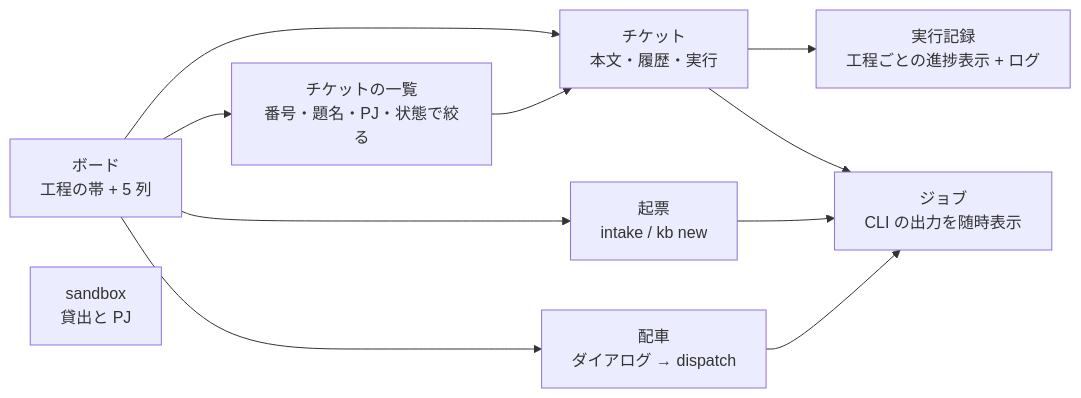
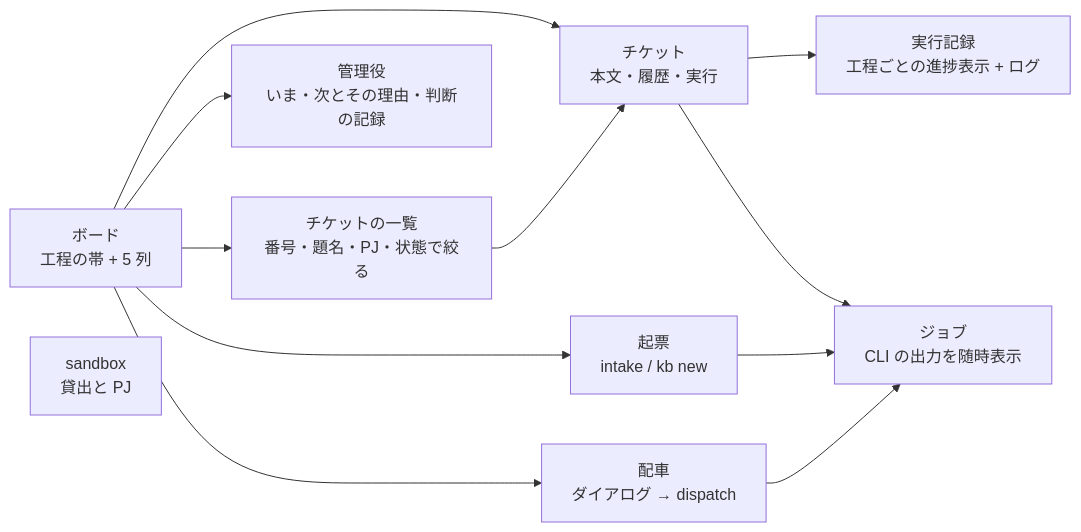
The diagram in website/content/ja/guides/console.md (akkijp-oss/aifactory), drawn with Mermaid before and after one commit. The commit also changed other lines of this file and 4 other files, not shown here.

````diff
--- a/website/content/ja/guides/console.md
+++ b/website/content/ja/guides/console.md
@@ -28,13 +28,14 @@
 ```mermaid
 flowchart LR
   B[ボード<br>工程の帯 + 5 列] --> T[チケット<br>本文・履歴・実行]
+  B --> P[管理役<br>いま・次とその理由・判断の記録]
   B --> L[チケットの一覧<br>番号・題名・PJ・状態で絞る]
   L --> T
   T --> R[実行記録<br>工程ごとの進捗表示 + ログ]
   B --> I[起票<br>intake / kb new]
   B --> D[配車<br>ダイアログ → dispatch]
   D --> J
   I --> J[ジョブ<br>CLI の出力を随時表示]
   T --> J
   S[sandbox<br>貸出と PJ]
 ```
````
